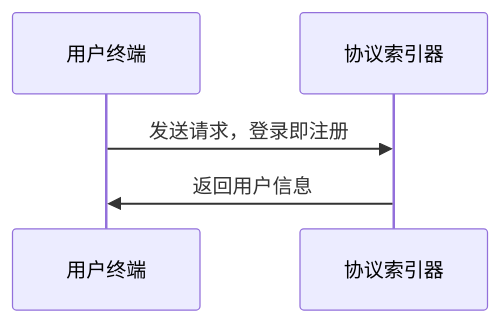
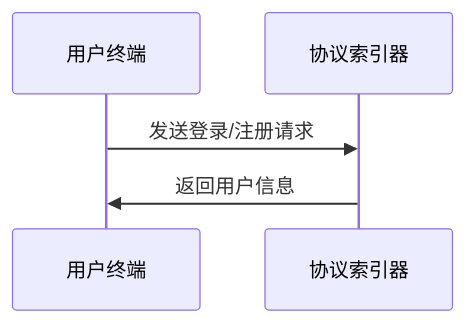
The first of 2 diagrams in designs/shen-fen-yan-zheng.md (kitchen-of-friends/kof-book-tech-docs), drawn with Mermaid before and after one commit. The commit also changed other lines of this file and 12 other files, not shown here.

````diff
--- a/designs/shen-fen-yan-zheng.md
+++ b/designs/shen-fen-yan-zheng.md
@@ -24,5 +24,5 @@
 ```mermaid
 sequenceDiagram
-    用户终端->>协议索引器: 发送请求，登录即注册
+    用户终端->>协议索引器: 发送登录/注册请求
     协议索引器->>用户终端: 返回用户信息
 ```
````
